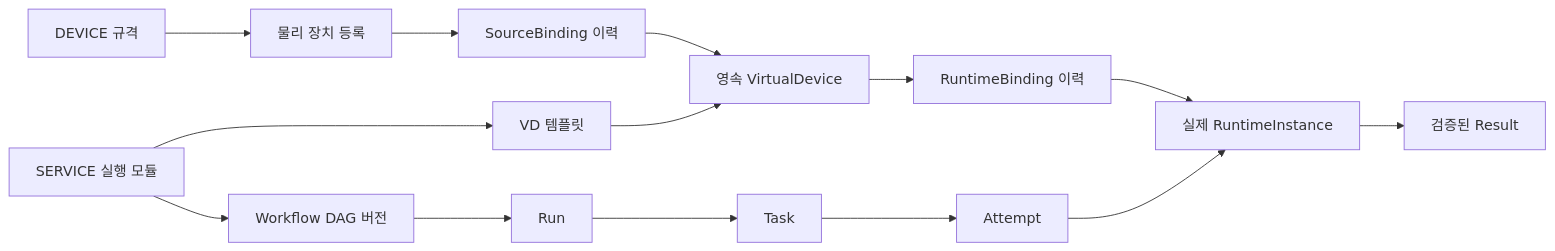
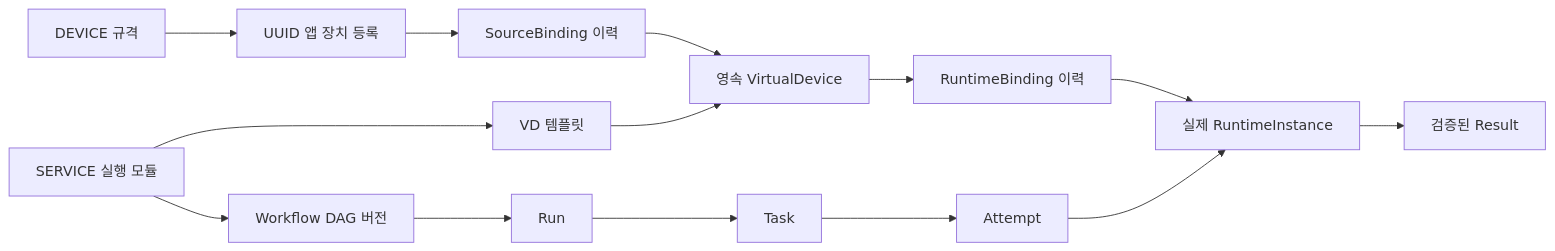
Before and after one commit to dsa04156/edgeai: the diagram in docs/reference/design-alignment.md, drawn with Mermaid. The commit also changed other lines of this file and 479 other files, not shown here.

````diff
--- a/docs/reference/design-alignment.md
+++ b/docs/reference/design-alignment.md
@@ -9,16 +9,16 @@
 ```mermaid
 flowchart LR
-  DP[DEVICE 규격] --> D[물리 장치 등록]
+  DP[DEVICE 규격] --> D[UUID 앱 장치 등록]
   SP[SERVICE 실행 모듈] --> VP[VD 템플릿]
   VP --> V[영속 VirtualDevice]
   D --> SB[SourceBinding 이력]
   SB --> V
   V --> RB[RuntimeBinding 이력]
   RB --> I[실제 RuntimeInstance]
   SP --> W[Workflow DAG 버전]
   W --> R[Run]
   R --> T[Task]
   T --> A[Attempt]
   A --> I
   I --> O[검증된 Result]
 ```
````
